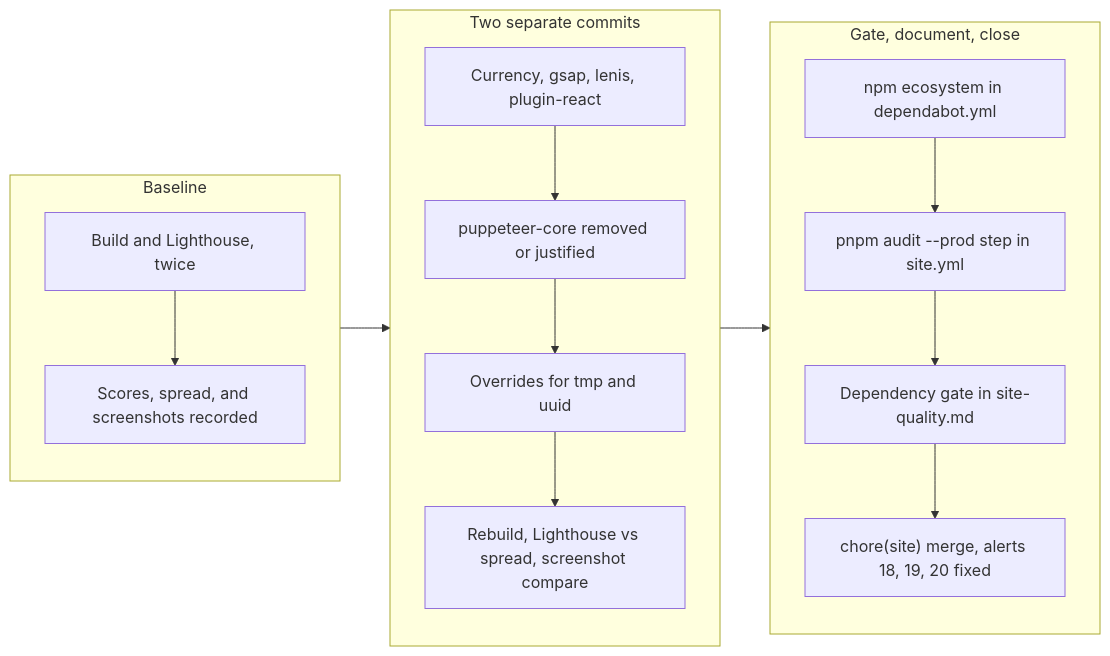
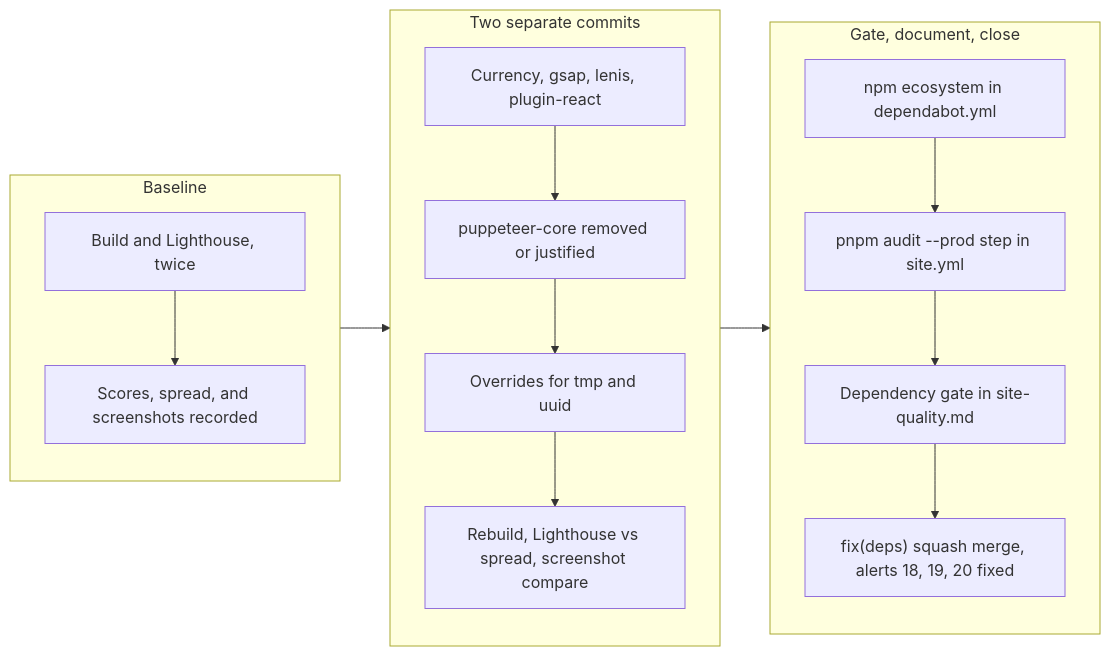
Before and after one commit to desek/outlook-local-mcp: the third of 3 diagrams in docs/cr/CR-0072-site-dependency-currency-and-vulnerability-remediation.md, drawn with Mermaid. The commit also changed other lines of this file and 2 other files, not shown here.

````diff
--- a/docs/cr/CR-0072-site-dependency-currency-and-vulnerability-remediation.md
+++ b/docs/cr/CR-0072-site-dependency-currency-and-vulnerability-remediation.md
@@ -562,17 +570,17 @@
 ```mermaid
 flowchart LR
     subgraph P1["Baseline"]
         A1["Build and Lighthouse, twice"] --> A2["Scores, spread, and screenshots recorded"]
     end
     subgraph P2["Two separate commits"]
         B1["Currency, gsap, lenis, plugin-react"] --> B2["puppeteer-core removed or justified"]
         B2 --> B3["Overrides for tmp and uuid"]
         B3 --> B4["Rebuild, Lighthouse vs spread, screenshot compare"]
     end
     subgraph P3["Gate, document, close"]
         C1["npm ecosystem in dependabot.yml"] --> C2["pnpm audit --prod step in site.yml"]
         C2 --> C3["Dependency gate in site-quality.md"]
-        C3 --> C4["chore(site) merge, alerts 18, 19, 20 fixed"]
+        C3 --> C4["fix(deps) squash merge, alerts 18, 19, 20 fixed"]
     end
     P1 --> P2 --> P3
 ```
````
